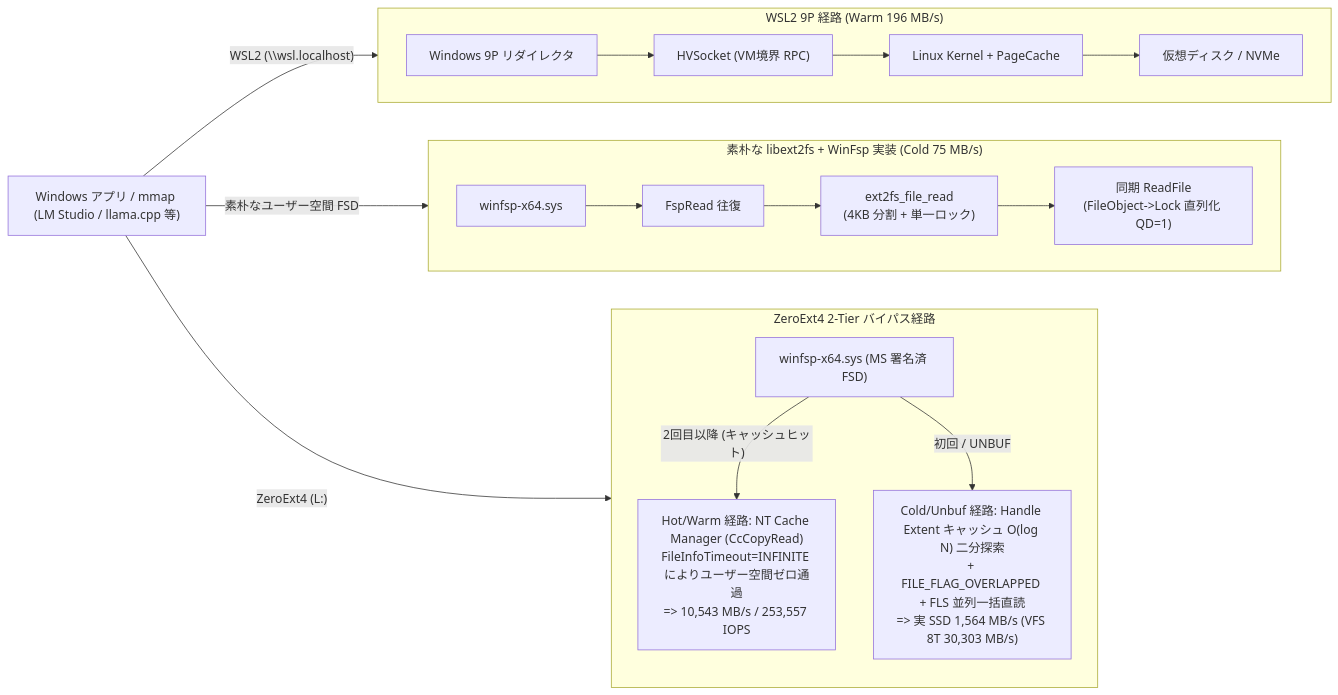
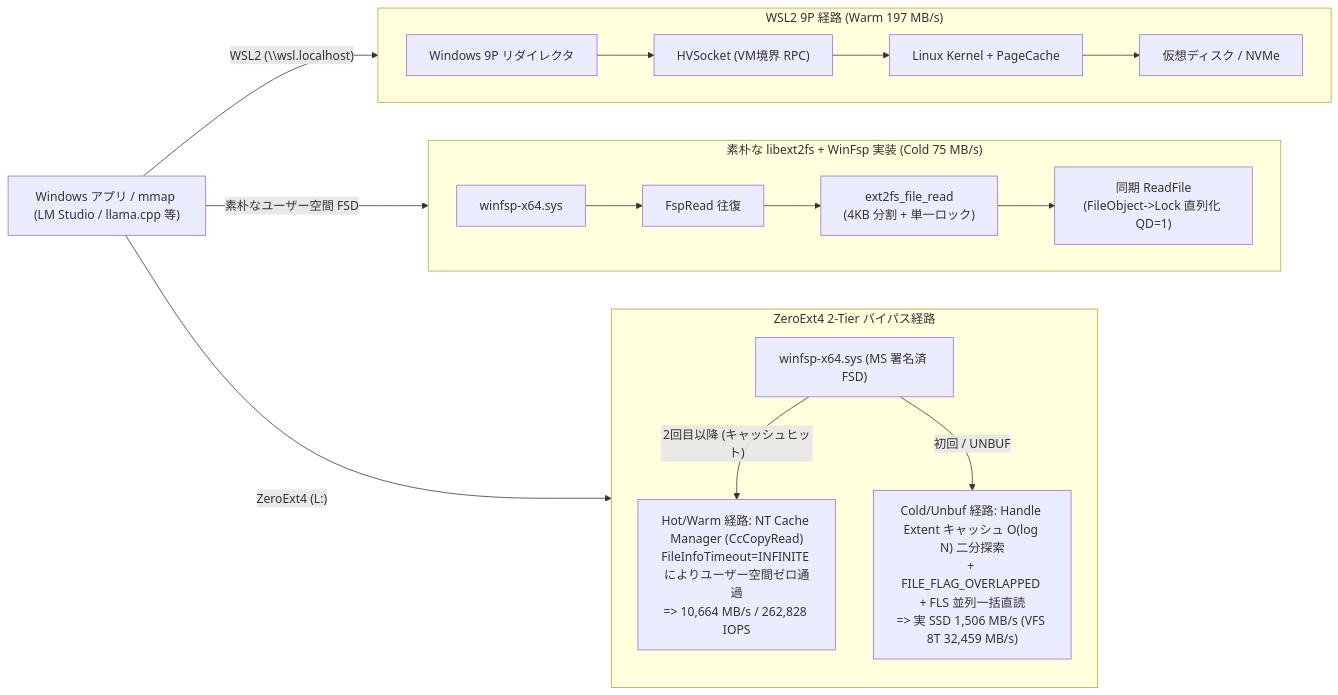
One commit to totatake/ZeroExt changed the first of 2 diagrams in docs/overview.md. Above: the diagram before and after it, drawn with Mermaid. The commit also changed other lines of this file and 15 other files, not shown here.

Commit message:
perf(vfs,io): optimize RW/standard extent I/O and update benchmarks

````diff
--- a/docs/overview.md
+++ b/docs/overview.md
@@ -32,27 +32,27 @@
 ```mermaid
 flowchart LR
     App["Windows アプリ / mmap (LM Studio / llama.cpp 等)"]
 
-    subgraph WSL["WSL2 9P 経路 (Warm 196 MB/s)"]
+    subgraph WSL["WSL2 9P 経路 (Warm 197 MB/s)"]
         direction LR
         W1["Windows 9P リダイレクタ"] --> W2["HVSocket (VM境界 RPC)"] --> W3["Linux Kernel + PageCache"] --> W4["仮想ディスク / NVMe"]
     end
 
     subgraph Naive["素朴な libext2fs + WinFsp 実装 (Cold 75 MB/s)"]
         direction LR
         N1["winfsp-x64.sys"] --> N2["FspRead 往復"] --> N3["ext2fs_file_read\n(4KB 分割 + 単一ロック)"] --> N4["同期 ReadFile\n(FileObject->Lock 直列化 QD=1)"]
     end
 
     subgraph ZeroExt4Path["ZeroExt4 2-Tier バイパス経路"]
         direction TB
         ZSys["winfsp-x64.sys (MS 署名済 FSD)"]
-        ZHot["Hot/Warm 経路: NT Cache Manager (CcCopyRead)\nFileInfoTimeout=INFINITE によりユーザー空間ゼロ通過\n=> 10,543 MB/s / 253,557 IOPS"]
-        ZCold["Cold/Unbuf 経路: Handle Extent キャッシュ O(log N) 二分探索\n+ FILE_FLAG_OVERLAPPED + FLS 並列一括直読\n=> 実 SSD 1,564 MB/s (VFS 8T 30,303 MB/s)"]
+        ZHot["Hot/Warm 経路: NT Cache Manager (CcCopyRead)\nFileInfoTimeout=INFINITE によりユーザー空間ゼロ通過\n=> 10,664 MB/s / 262,828 IOPS"]
+        ZCold["Cold/Unbuf 経路: Handle Extent キャッシュ O(log N) 二分探索\n+ FILE_FLAG_OVERLAPPED + FLS 並列一括直読\n=> 実 SSD 1,506 MB/s (VFS 8T 32,459 MB/s)"]
         ZSys -->|"2回目以降 (キャッシュヒット)"| ZHot
         ZSys -->|"初回 / UNBUF"| ZCold
     end
 
     App -->|"WSL2 (\\wsl.localhost)"| WSL
     App -->|"素朴なユーザー空間 FSD"| Naive
     App -->|"ZeroExt4 (L:)"| ZeroExt4Path
 ```
````
